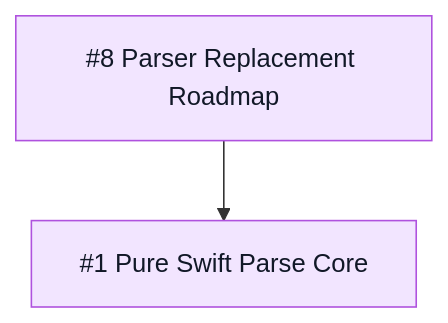
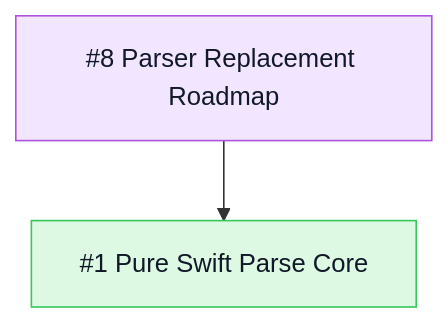
Before and after one commit to mihaelamj/PureYAML: the second of 3 diagrams in README.md, drawn with Mermaid. The commit also changed other lines of this file and 4 other files, not shown here.

````diff
--- a/README.md
+++ b/README.md
@@ -41,10 +41,10 @@
 ```mermaid
 flowchart TB
   classDef done fill:#ddf9e4,stroke:#34c759,color:#111827
   classDef review fill:#fff7d6,stroke:#ffcc00,color:#111827
   classDef epic fill:#f2e5ff,stroke:#af52de,color:#111827
   classDef todo fill:#f2f4f7,stroke:#8e8e93,color:#111827
   SuperEpic8["#8 Parser Replacement Roadmap"]:::epic
-  Epic1["#1 Pure Swift Parse Core"]:::epic
+  Epic1["#1 Pure Swift Parse Core"]:::done
   SuperEpic8 --> Epic1
 ```
````
